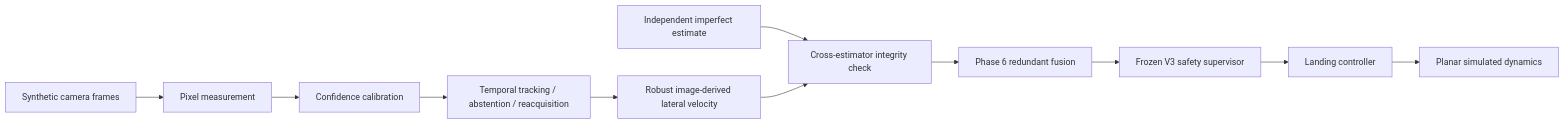
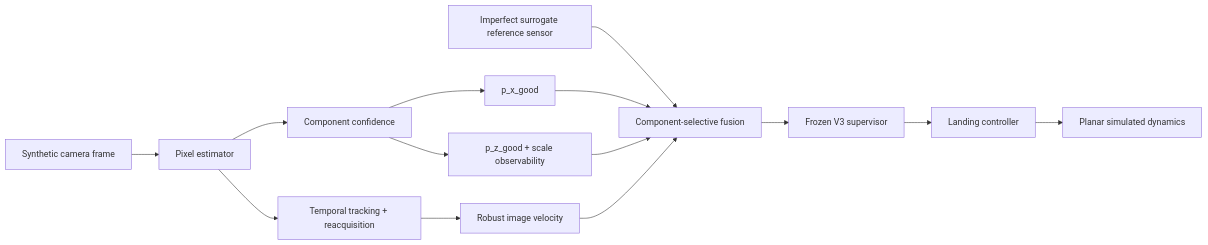
One commit to suhaslord/uav-safety-research changed the diagram in README.md. Above: the diagram before and after it, drawn with Mermaid. The commit also changed other lines of this file, not shown here.

Commit message:
Publish frozen Phase 6B image-perception results

````diff
--- a/README.md
+++ b/README.md
@@ -27,13 +28,16 @@
 ```mermaid
 flowchart LR
-    I["Synthetic camera frames"] --> P["Pixel measurement"]
-    P --> C["Confidence calibration"]
-    C --> T["Temporal tracking / abstention / reacquisition"]
-    T --> V["Robust image-derived lateral velocity"]
-    R["Independent imperfect estimate"] --> D["Cross-estimator integrity check"]
-    V --> D
-    D --> F["Phase 6 redundant fusion"]
-    F --> S["Frozen V3 safety supervisor"]
+    I["Synthetic camera frame"] --> P["Pixel estimator"]
+    P --> T["Temporal tracking + reacquisition"]
+    T --> V["Robust image velocity"]
+    P --> C["Component confidence"]
+    C --> X["p_x_good"]
+    C --> Z["p_z_good + scale observability"]
+    R["Imperfect surrogate reference sensor"] --> F["Component-selective fusion"]
+    X --> F
+    Z --> F
+    V --> F
+    F --> S["Frozen V3 supervisor"]
     S --> L["Landing controller"]
-    L --> M["Planar simulated dynamics"]
+    L --> D["Planar simulated dynamics"]
 ```
````
